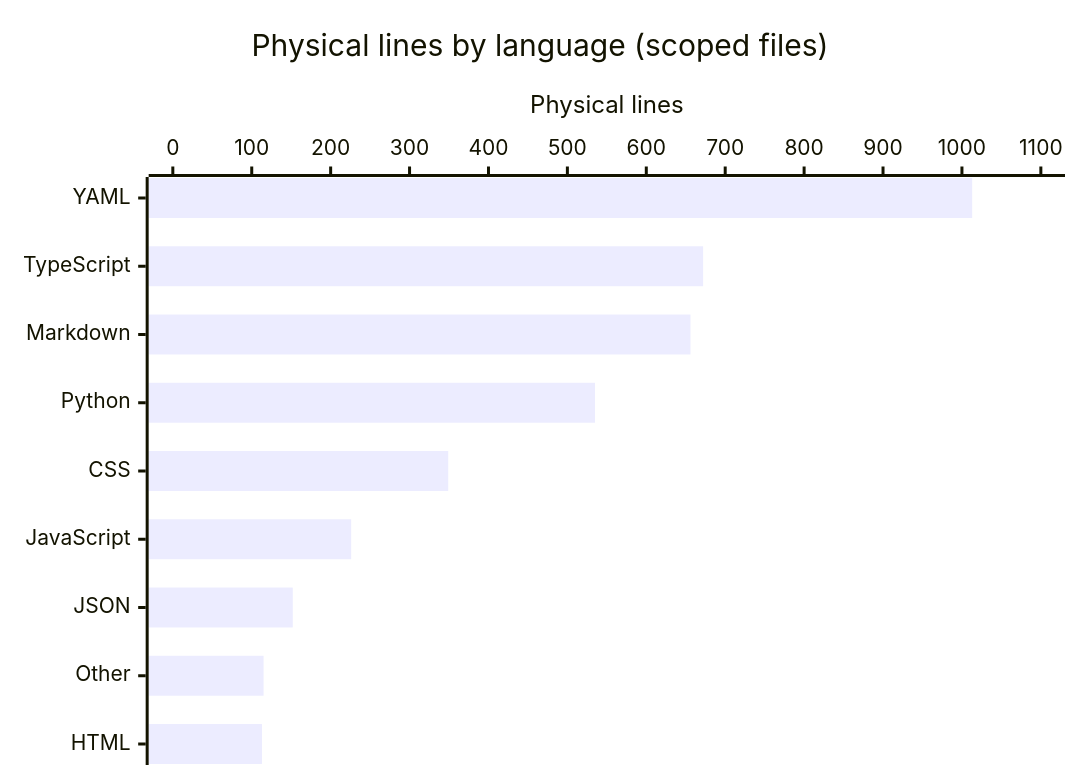
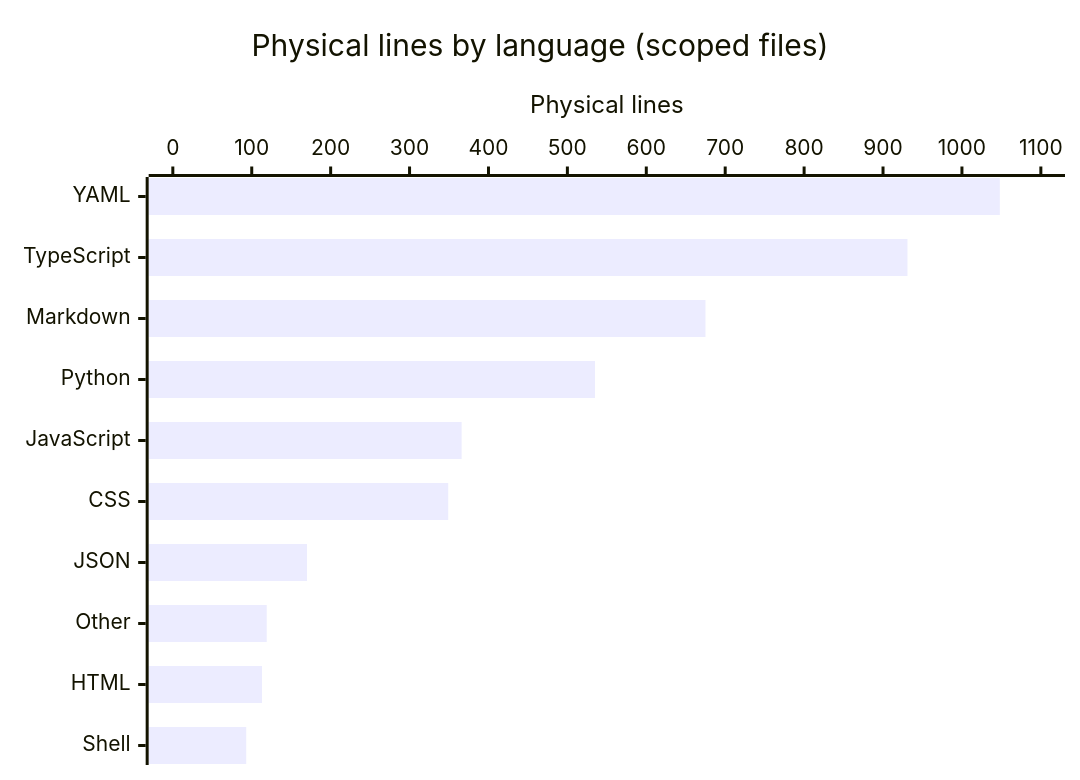
The diagram in droid-wiki/by-the-numbers.md (FranklinP44/ikigai), drawn with Mermaid before and after one commit. The commit also changed other lines of this file and 22 other files, not shown here.

````diff
--- a/droid-wiki/by-the-numbers.md
+++ b/droid-wiki/by-the-numbers.md
@@ -30,7 +32,7 @@
 ```mermaid
 xychart-beta horizontal
     title "Physical lines by language (scoped files)"
-    x-axis [YAML, TypeScript, Markdown, Python, CSS, JavaScript, JSON, Other, HTML]
+    x-axis [YAML, TypeScript, Markdown, Python, JavaScript, CSS, JSON, Other, HTML, Shell]
     y-axis "Physical lines" 0 --> 1100
-    bar [1013, 672, 656, 535, 349, 226, 152, 115, 113]
+    bar [1048, 931, 675, 535, 366, 349, 170, 119, 113, 93]
 ```
````
